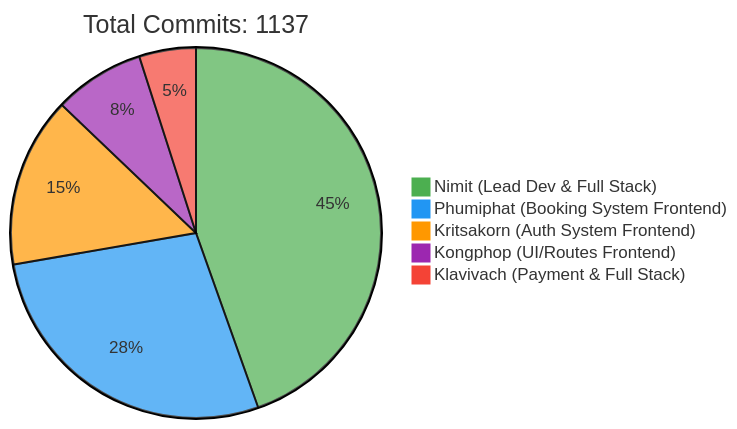
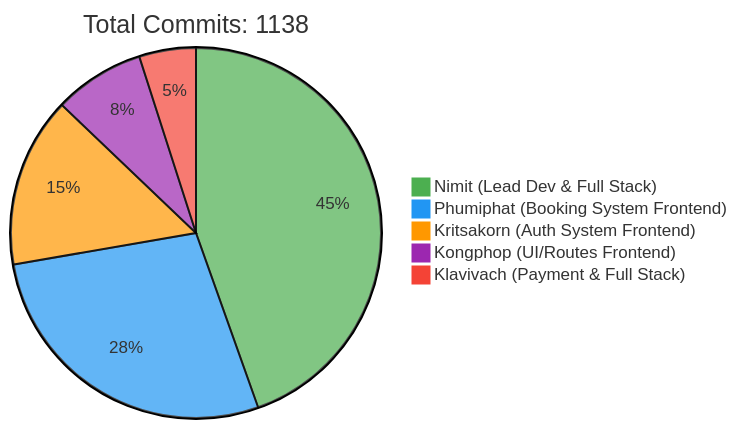
The first of 2 diagrams in README.md (6531503042/Sport-Complex), drawn with Mermaid before and after one commit. The commit also changed other lines of this file, not shown here.

Commit message:
docs: Update contributor statistics [skip ci]

````diff
--- a/README.md
+++ b/README.md
@@ -257,10 +257,10 @@
 ```mermaid
 %%{init: {'theme': 'base', 'themeVariables': { 'pie1': '#4CAF50', 'pie2': '#2196F3', 'pie3': '#FF9800', 'pie4': '#9C27B0', 'pie5': '#F44336'}}}%%
 pie
-    title Total Commits: 1137
+    title Total Commits: 1138
     "Nimit (Lead Dev & Full Stack)" : 450
     "Phumiphat (Booking System Frontend)" : 280
     "Kritsakorn (Auth System Frontend)" : 150
     "Kongphop (UI/Routes Frontend)" : 80
     "Klavivach (Payment & Full Stack)" : 50
 ```
````
